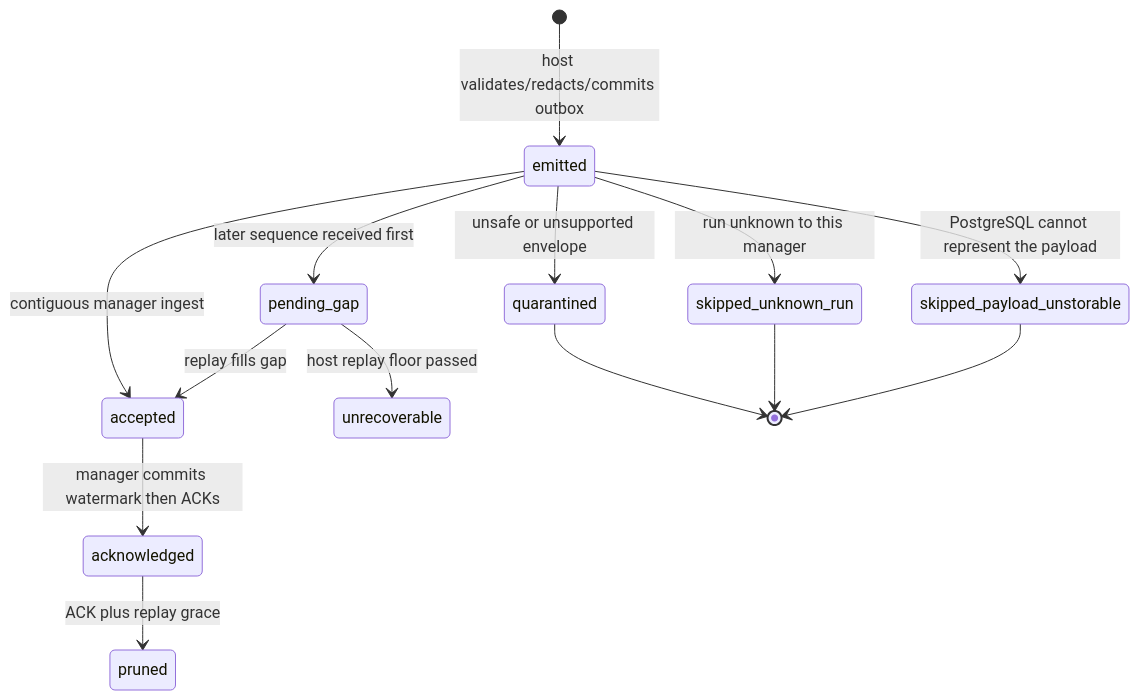
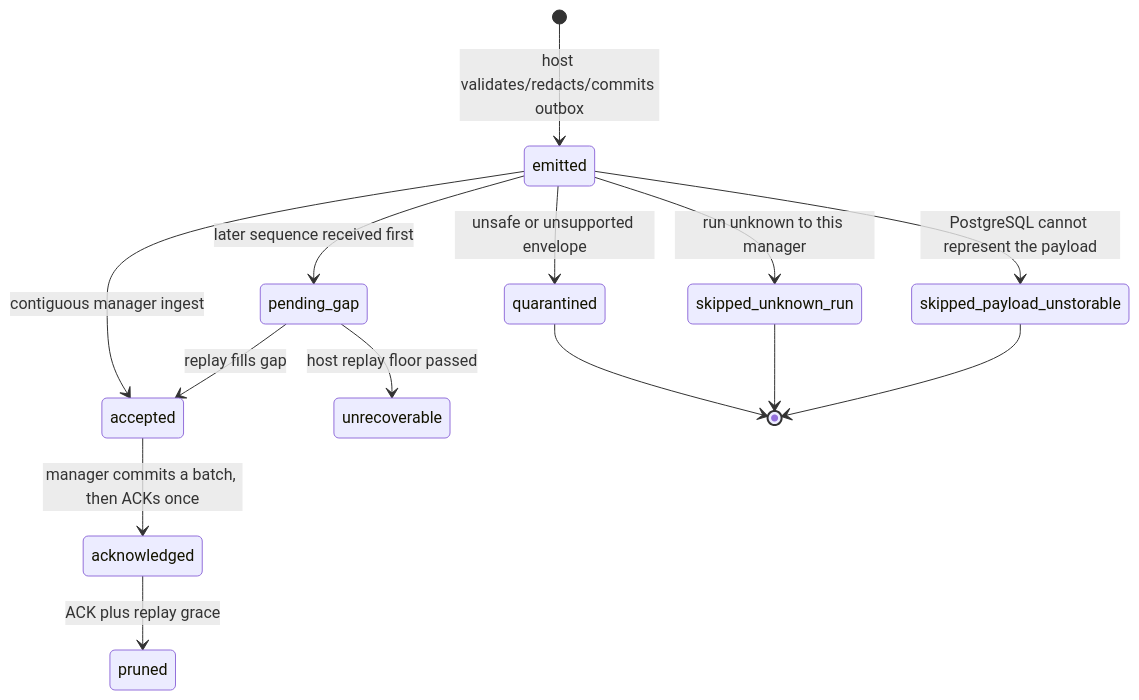
The first of 3 diagrams in docs/system-analytics/execution-event-plane.md (maister-dev/maister), drawn with Mermaid before and after one commit. The commit also changed other lines of this file and 19 other files, not shown here.

````diff
--- a/docs/system-analytics/execution-event-plane.md
+++ b/docs/system-analytics/execution-event-plane.md
@@ -32,16 +32,16 @@
 ```mermaid
 stateDiagram-v2
   [*] --> emitted: host validates/redacts/commits outbox
   emitted --> pending_gap: later sequence received first
   emitted --> accepted: contiguous manager ingest
   pending_gap --> accepted: replay fills gap
-  accepted --> acknowledged: manager commits watermark then ACKs
+  accepted --> acknowledged: manager commits a batch, then ACKs once
   pending_gap --> unrecoverable: host replay floor passed
   emitted --> quarantined: unsafe or unsupported envelope
   quarantined --> [*]
   emitted --> skipped_unknown_run: run unknown to this manager
   skipped_unknown_run --> [*]
   emitted --> skipped_payload_unstorable: PostgreSQL cannot represent the payload
   skipped_payload_unstorable --> [*]
   acknowledged --> pruned: ACK plus replay grace
 ```
````
